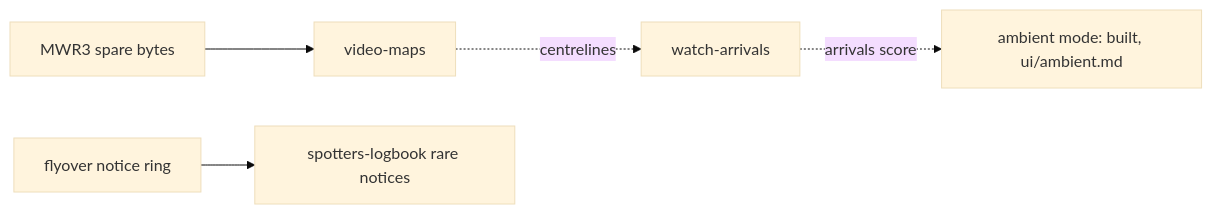
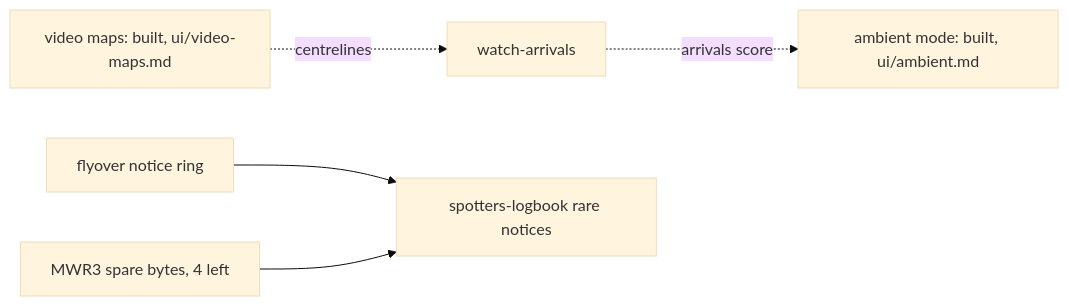
One commit to jfryman/mega-wifi-radar changed the diagram in lode/plans/ideas/summary.md. Above: the diagram before and after it, drawn with Mermaid (base theme). The commit also changed other lines of this file and 69 other files, not shown here.

First line of the commit message:
Video maps: runways in view and the home airport's extended centrelines

````diff
--- a/lode/plans/ideas/summary.md
+++ b/lode/plans/ideas/summary.md
@@ -17,7 +16,7 @@
 ```mermaid
 flowchart LR
   ARR[watch-arrivals] -. arrivals score .-> AMB[ambient mode: built, ui/ambient.md]
-  MAP[video-maps] -. centrelines .-> ARR
+  MAP[video maps: built, ui/video-maps.md] -. centrelines .-> ARR
   NOT[flyover notice ring] --> LOG[spotters-logbook rare notices]
-  CFG[MWR3 spare bytes] --> MAP
+  CFG[MWR3 spare bytes, 4 left] --> LOG
 ```
````
